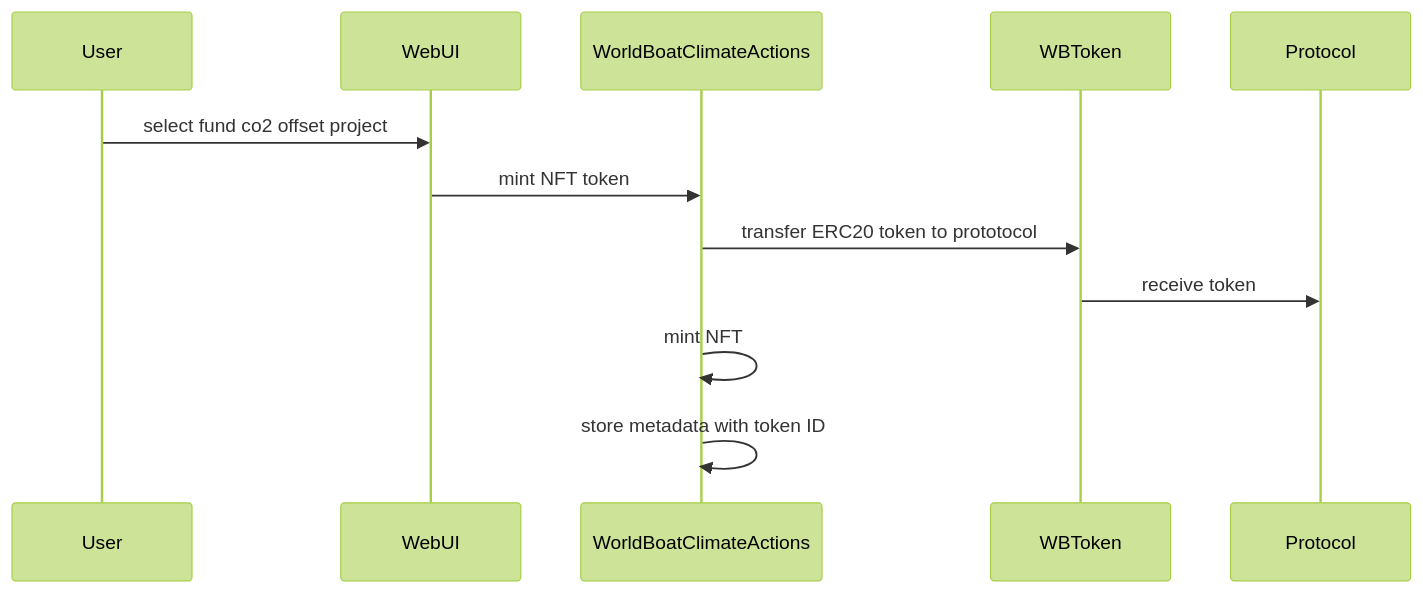
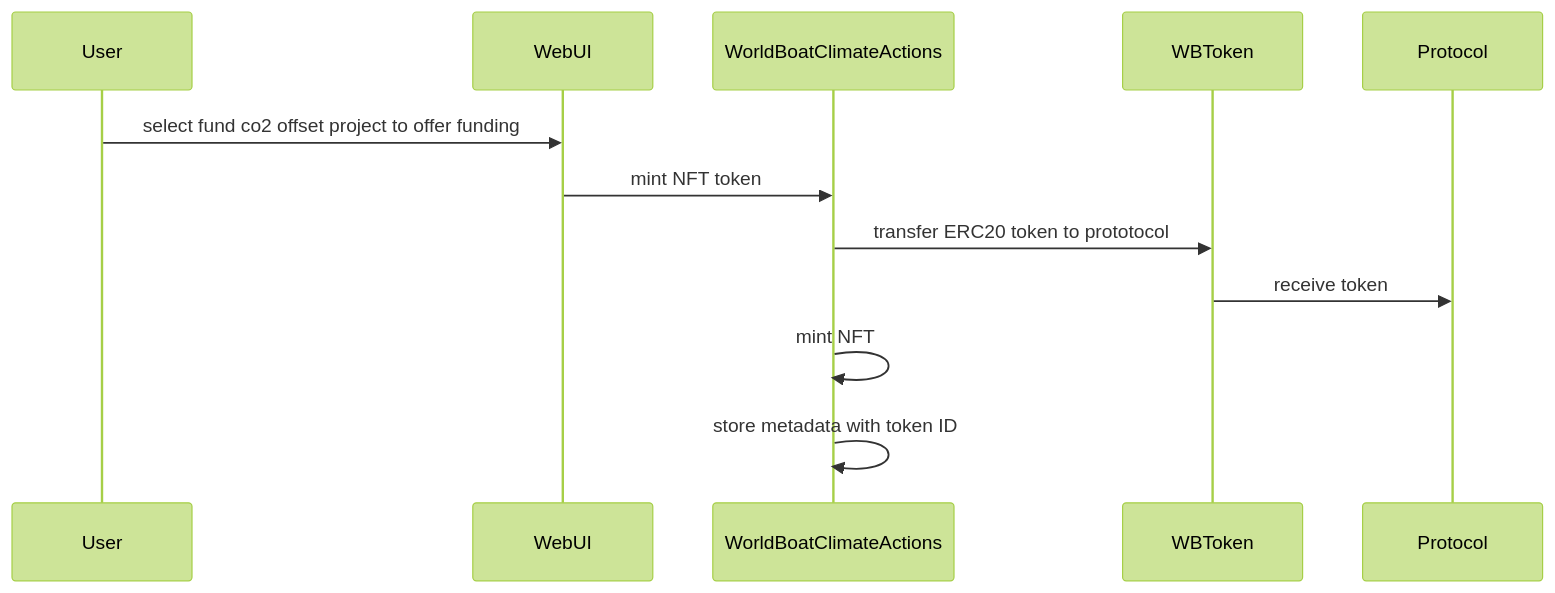
Before and after one commit to EcoAccountable/ecoaccountable-contracts: the first of 2 diagrams in packages/hardhat/README.md, drawn with Mermaid (forest theme). The commit also changed other lines of this file and 4 other files, not shown here.

````diff
--- a/packages/hardhat/README.md
+++ b/packages/hardhat/README.md
@@ -5,15 +5,15 @@
 ```mermaid
 sequenceDiagram
     participant User
     participant WebUI
     participant WorldBoatClimateActions
     participant WBToken
     participant Protocol
 
-    User ->> WebUI: select fund co2 offset project
+    User ->> WebUI: select fund co2 offset project to offer funding
     WebUI ->> WorldBoatClimateActions: mint NFT token 
     WorldBoatClimateActions ->> WBToken: transfer ERC20 token to prototocol
     WBToken ->> Protocol: receive token
     WorldBoatClimateActions ->> WorldBoatClimateActions: mint NFT
     WorldBoatClimateActions ->> WorldBoatClimateActions: store metadata with token ID
 ```
````
